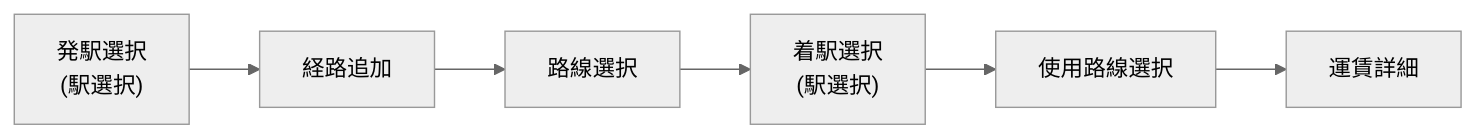
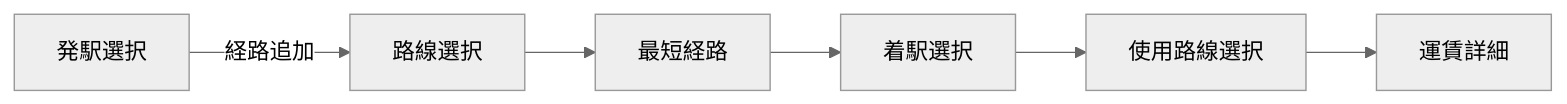
Before and after one commit to farert/farert-pwa: the second of 2 diagrams in specs/help-screen.md, drawn with Mermaid (neutral theme). The commit also changed other lines of this file and 2 other files, not shown here.

First line of the commit message:
docs: sync help flow diagrams with updated mermaid

````diff
--- a/specs/help-screen.md
+++ b/specs/help-screen.md
@@ -45,8 +44,6 @@
 ```mermaid
   flowchart LR
-    A["発駅選択<br/>(駅選択)"] --> B["経路追加"]
-    B --> C["路線選択"]
-    C --> D["着駅選択<br/>(駅選択)"]
-    D --> E["使用路線選択"]
-    E --> F["運賃詳細"]
+  begin[発駅選択]
+  begin --経路追加 --> a[路線選択] --> b[最短経路] --> arrive[着駅選択]
+  arrive --> route[使用路線選択] --> z[運賃詳細]
 ```
````
